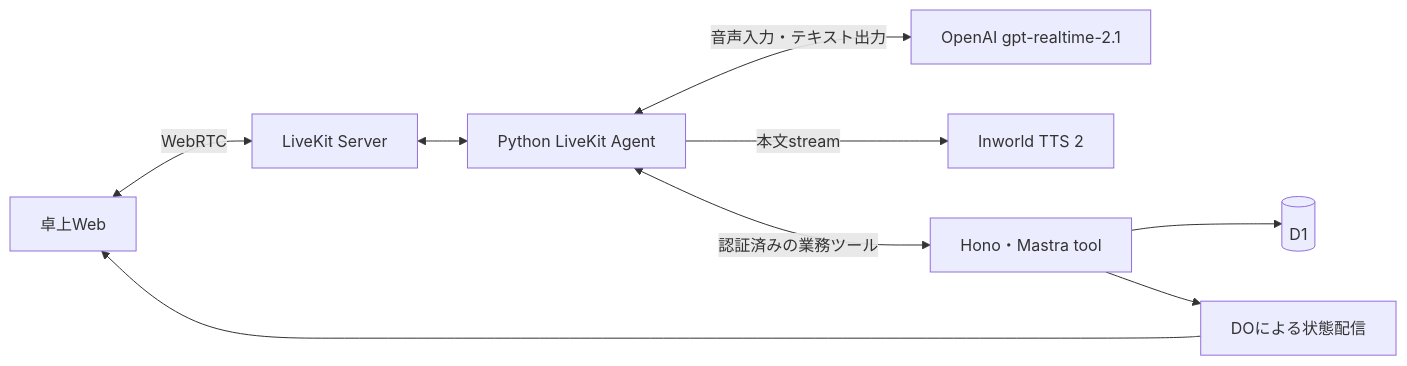
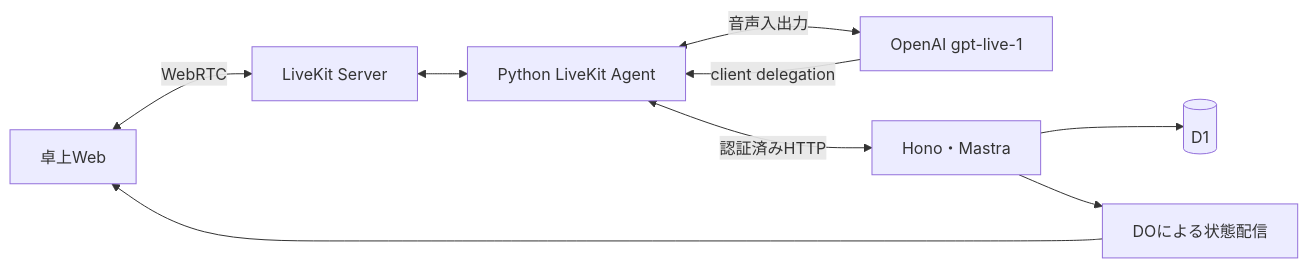
One commit to kit-codex-hack-fes-2026/tablecast-poc changed the diagram in docs/voice/integration.md. Above: the diagram before and after it, drawn with Mermaid. The commit also changed other lines of this file and 57 other files, not shown here.

First line of the commit message:
feat(voice)!: ✨ adopt GPT-Live client delegation (#100)

````diff
--- a/docs/voice/integration.md
+++ b/docs/voice/integration.md
@@ -7,11 +7,11 @@
 ```mermaid
 flowchart LR
     K[卓上Web] <-->|WebRTC| L[LiveKit Server]
     L <--> P[Python LiveKit Agent]
-    P <-->|音声入力・テキスト出力| O[OpenAI gpt-realtime-2.1]
-    P -->|本文stream| T[Inworld TTS 2]
-    P <-->|認証済みの業務ツール| H[Hono・Mastra tool]
+    P <-->|音声入出力| O[OpenAI gpt-live-1]
+    O -->|client delegation| P
+    P <-->|認証済みHTTP| H[Hono・Mastra]
     H --> D[(D1)]
     H --> R[DOによる状態配信]
     R --> K
 ```
````
